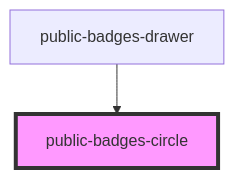
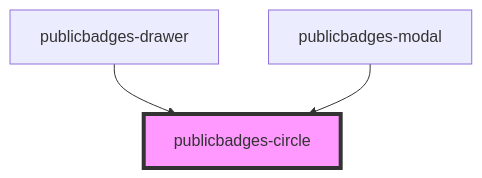
One commit to OffCourse/public-badges changed the diagram in packages/public-badges-drawer/src/components/public-badges-circle/readme.md. Above: the diagram before and after it, drawn with Mermaid. The commit also changed other lines of this file and 13 other files, not shown here.

````diff
--- a/packages/public-badges-drawer/src/components/public-badges-circle/readme.md
+++ b/packages/public-badges-drawer/src/components/public-badges-circle/readme.md
@@ -23,5 +24,6 @@
 ```mermaid
 graph TD;
-  public-badges-drawer --> public-badges-circle
-  style public-badges-circle fill:#f9f,stroke:#333,stroke-width:4px
+  publicbadges-drawer --> publicbadges-circle
+  publicbadges-modal --> publicbadges-circle
+  style publicbadges-circle fill:#f9f,stroke:#333,stroke-width:4px
 ```
````
